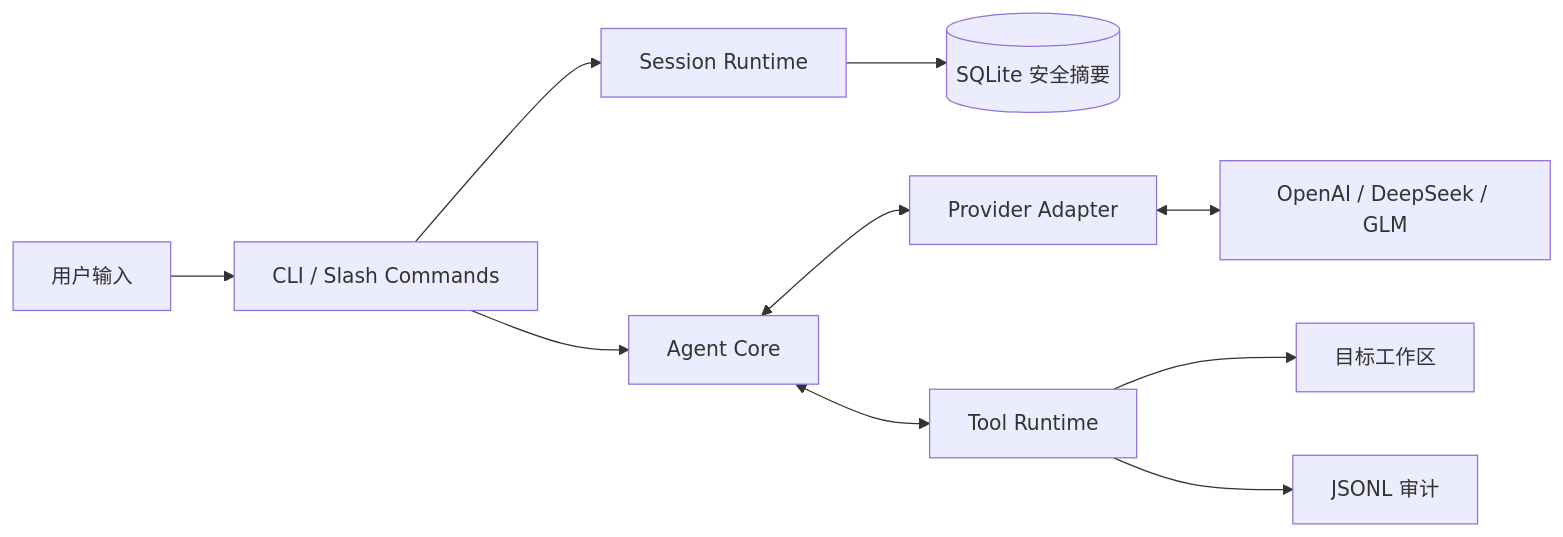
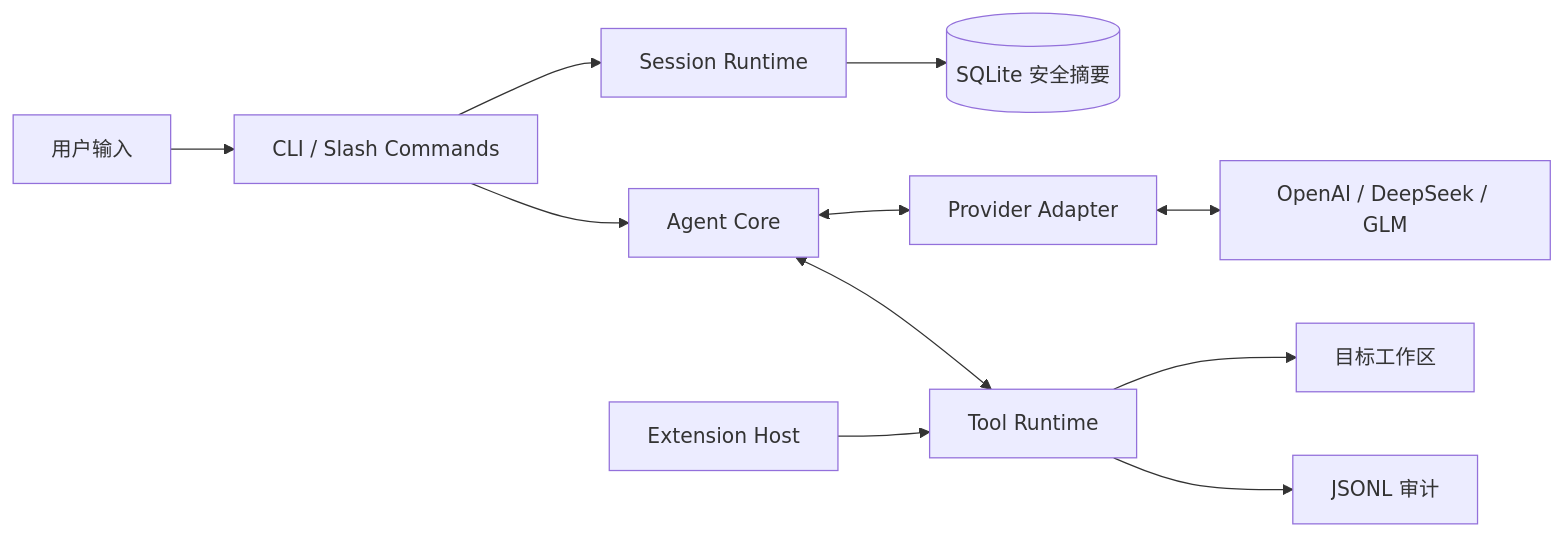
Before and after one commit to PooooLish/Tricoder-Agent: the diagram in README.md, drawn with Mermaid. The commit also changed other lines of this file and 83 other files, not shown here.

````diff
--- a/README.md
+++ b/README.md
@@ -42,12 +48,13 @@
 ```mermaid
 flowchart LR
     U["用户输入"] --> CLI["CLI / Slash Commands"]
     CLI --> S["Session Runtime"]
     S --> DB[("SQLite 安全摘要")]
     CLI --> A["Agent Core"]
     A <--> P["Provider Adapter"]
     P <--> API["OpenAI / DeepSeek / GLM"]
     A <--> T["Tool Runtime"]
+    E["Extension Host"] --> T
     T --> W["目标工作区"]
     T --> J["JSONL 审计"]
 ```
````
